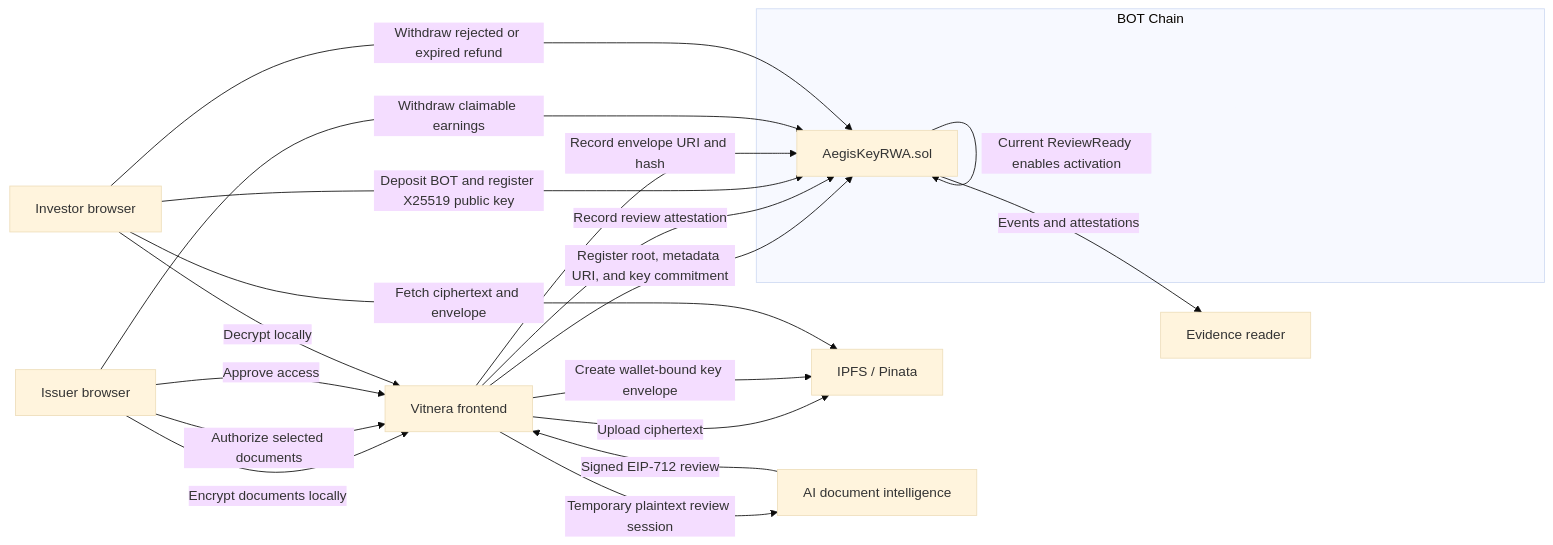
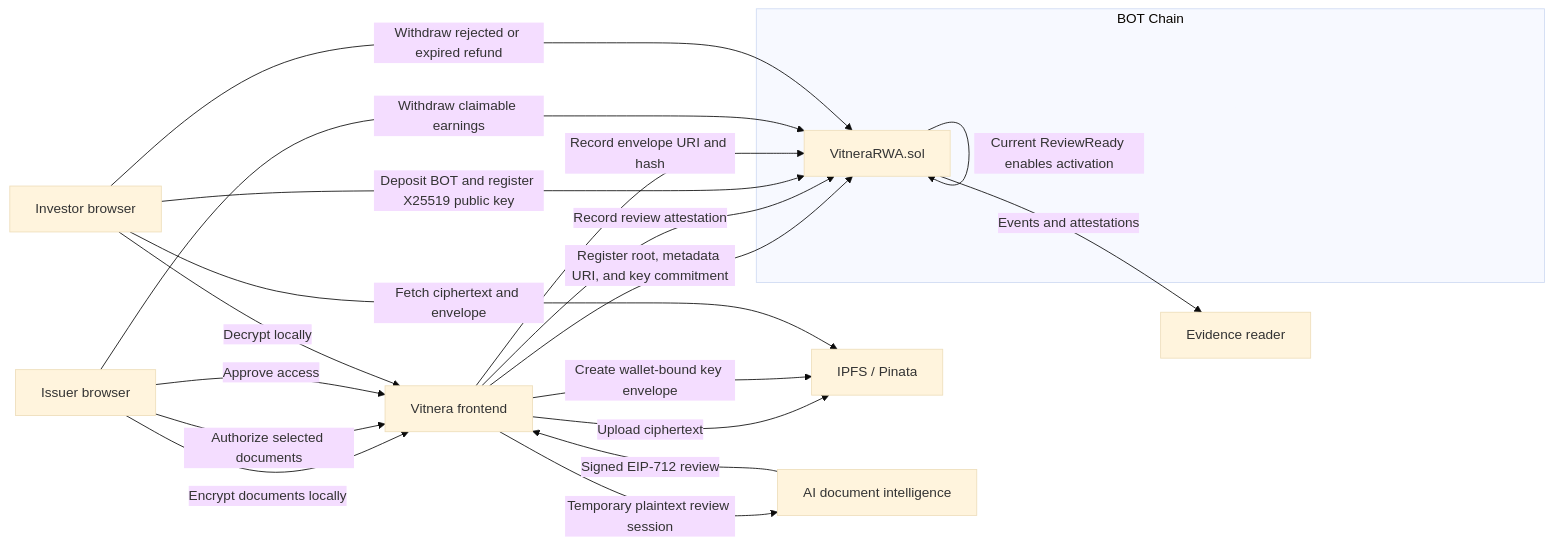
The diagram in README.md (Ololadestephen/vitnera), drawn with Mermaid (base theme) before and after one commit. The commit also changed other lines of this file and 7 other files, not shown here.

Commit message:
Initialize Vitnera RWA platform

````diff
--- a/README.md
+++ b/README.md
@@ -18,34 +18,34 @@
 ```mermaid
 flowchart LR
     Issuer["Issuer browser"]
     Investor["Investor browser"]
     Web["Vitnera frontend"]
     Storage["IPFS / Pinata"]
     AI["AI document intelligence"]
     Evidence["Evidence reader"]
 
     subgraph BOT["BOT Chain"]
-        Contract["AegisKeyRWA.sol"]
+        Contract["VitneraRWA.sol"]
     end
 
     Issuer -->|"Encrypt documents locally"| Web
     Web -->|"Upload ciphertext"| Storage
     Web -->|"Register root, metadata URI, and key commitment"| Contract
 
     Issuer -->|"Authorize selected documents"| Web
     Web -->|"Temporary plaintext review session"| AI
     AI -->|"Signed EIP-712 review"| Web
     Web -->|"Record review attestation"| Contract
     Contract -->|"Current ReviewReady enables activation"| Contract
 
     Investor -->|"Deposit BOT and register X25519 public key"| Contract
     Issuer -->|"Approve access"| Web
     Web -->|"Create wallet-bound key envelope"| Storage
     Web -->|"Record envelope URI and hash"| Contract
 
     Issuer -->|"Withdraw claimable earnings"| Contract
     Investor -->|"Withdraw rejected or expired refund"| Contract
     Investor -->|"Fetch ciphertext and envelope"| Storage
     Investor -->|"Decrypt locally"| Web
     Contract -->|"Events and attestations"| Evidence
 ```
````
